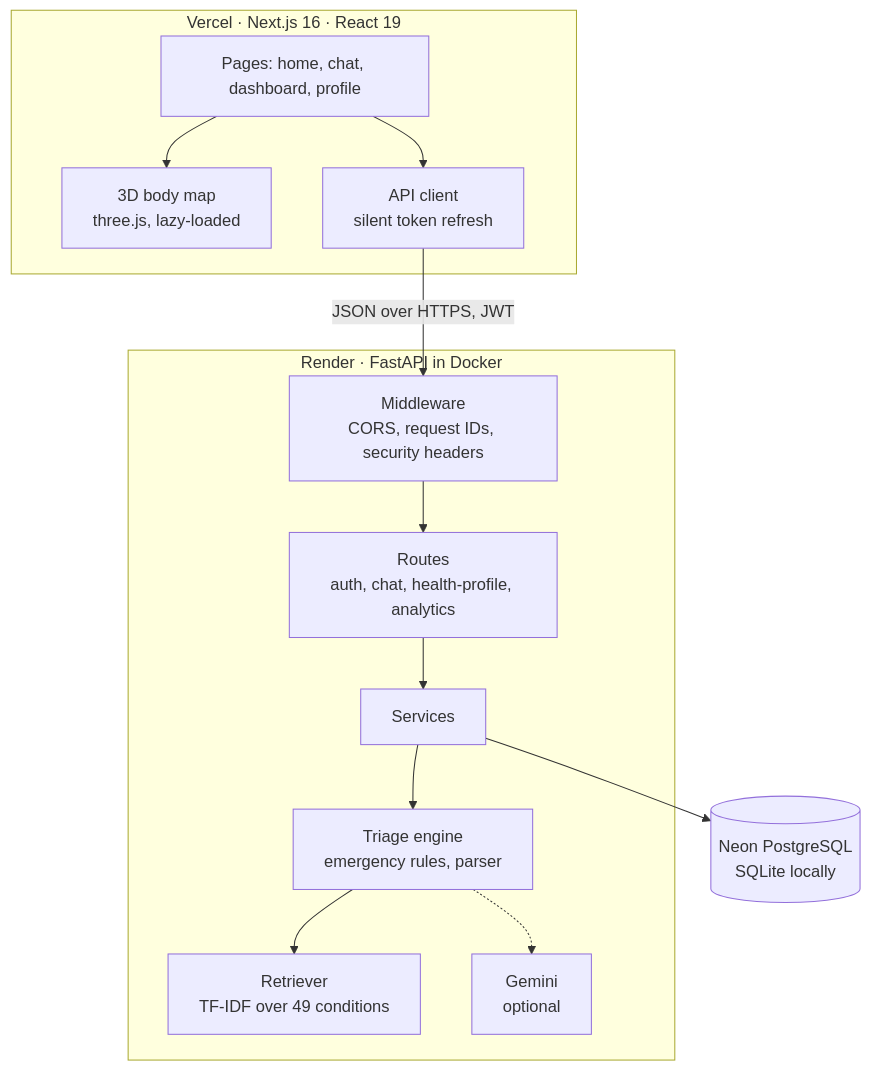
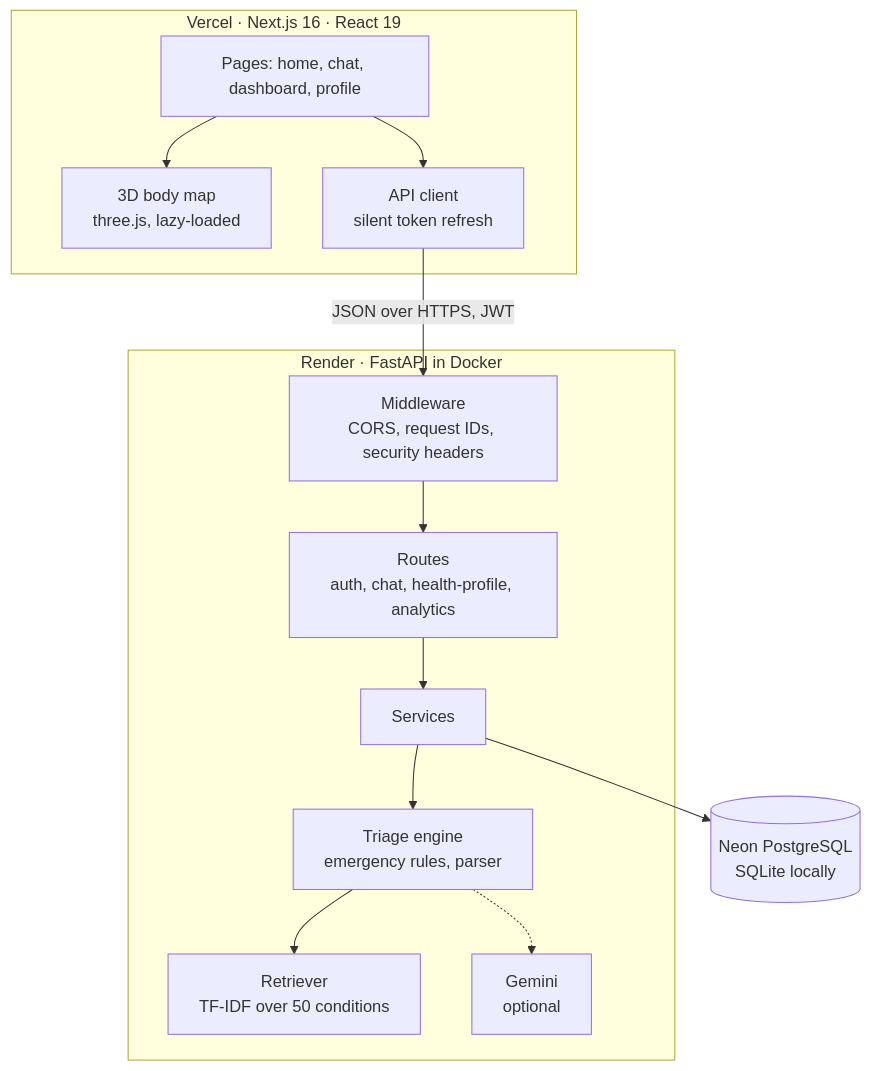
The third of 4 diagrams in README.md (sarthaksaxenaa/CareNexus), drawn with Mermaid before and after one commit. The commit also changed other lines of this file and 13 other files, not shown here.

````diff
--- a/README.md
+++ b/README.md
@@ -186,23 +186,23 @@
 ```mermaid
 flowchart TB
     subgraph Vercel["Vercel · Next.js 16 · React 19"]
         UI[Pages: home, chat, dashboard, profile]
         BM[3D body map<br/>three.js, lazy-loaded]
         AC[API client<br/>silent token refresh]
     end
     subgraph Render["Render · FastAPI in Docker"]
         MW[Middleware<br/>CORS, request IDs, security headers]
         RT[Routes<br/>auth, chat, health-profile, analytics]
         SV[Services]
         TE[Triage engine<br/>emergency rules, parser]
-        RAG[Retriever<br/>TF-IDF over 49 conditions]
+        RAG[Retriever<br/>TF-IDF over 50 conditions]
         LLM[Gemini<br/>optional]
     end
     DB[(Neon PostgreSQL<br/>SQLite locally)]
     UI --> AC
     UI --> BM
     AC -- "JSON over HTTPS, JWT" --> MW --> RT --> SV
     SV --> TE --> RAG
     TE -.-> LLM
     SV --> DB
 ```
````
